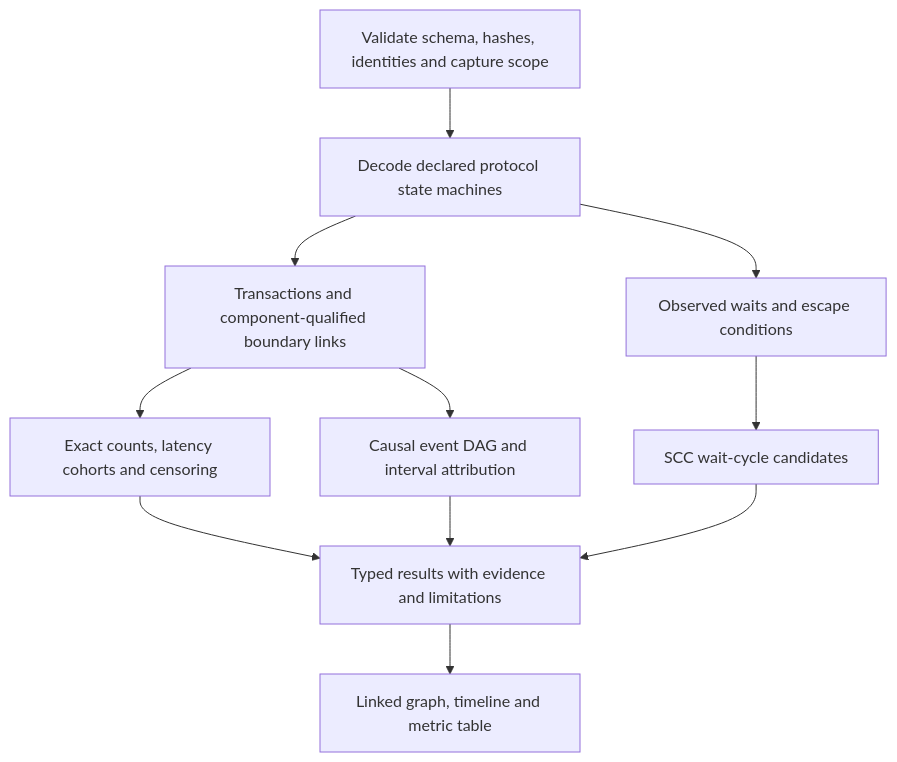
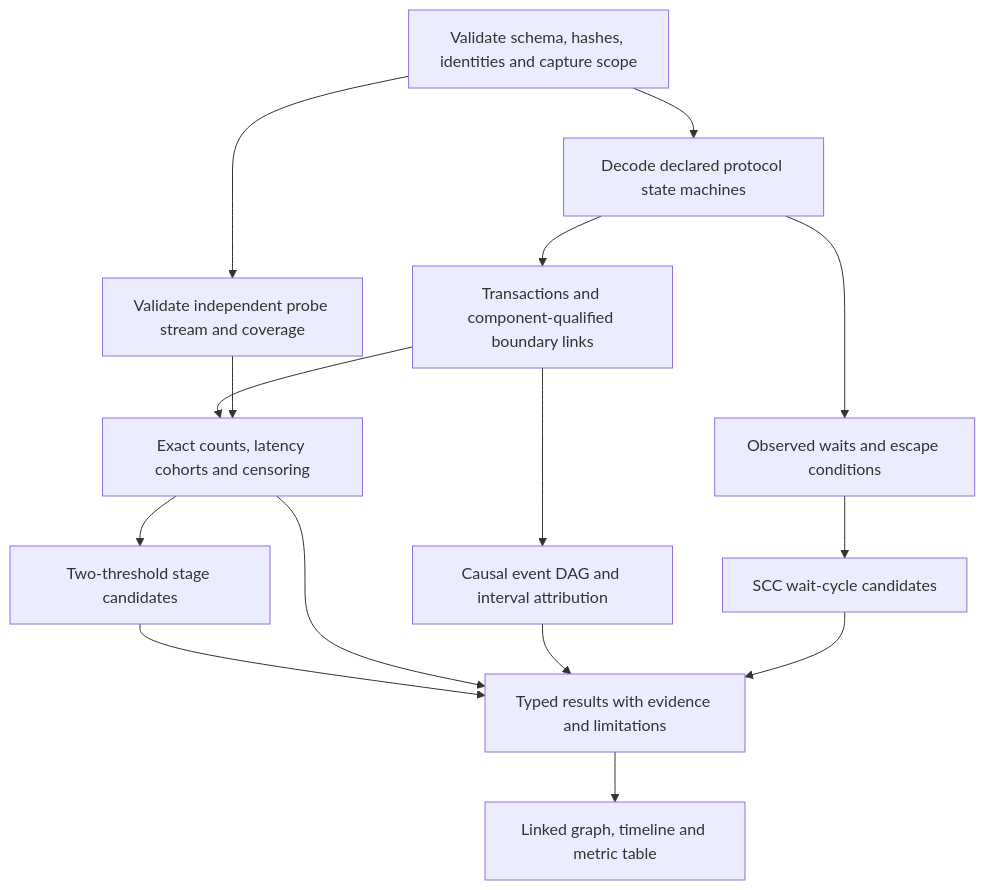
The first of 2 diagrams in docs/flow-analysis-algorithms.md (crockpotveggies/chiselator), drawn with Mermaid before and after one commit. The commit also changed other lines of this file and 4 other files, not shown here.

````diff
--- a/docs/flow-analysis-algorithms.md
+++ b/docs/flow-analysis-algorithms.md
@@ -30,13 +31,17 @@
 ```mermaid
 flowchart TD
     I[Validate schema, hashes, identities and capture scope] --> P[Decode declared protocol state machines]
+    I --> Q[Validate independent probe stream and coverage]
     P --> T[Transactions and component-qualified boundary links]
     T --> A[Exact counts, latency cohorts and censoring]
+    Q --> A
+    A --> B[Two-threshold stage candidates]
+    B --> R
     T --> C[Causal event DAG and interval attribution]
     P --> W[Observed waits and escape conditions]
     W --> S[SCC wait-cycle candidates]
     A --> R[Typed results with evidence and limitations]
     C --> R
     S --> R
     R --> V[Linked graph, timeline and metric table]
 ```
````
